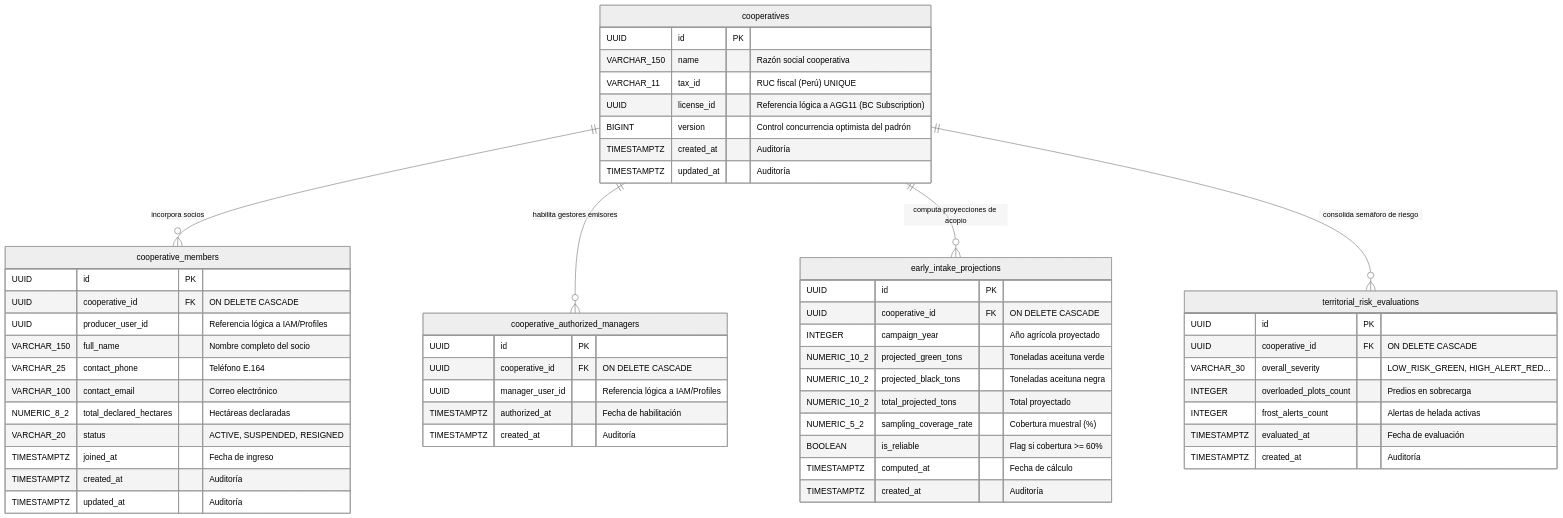
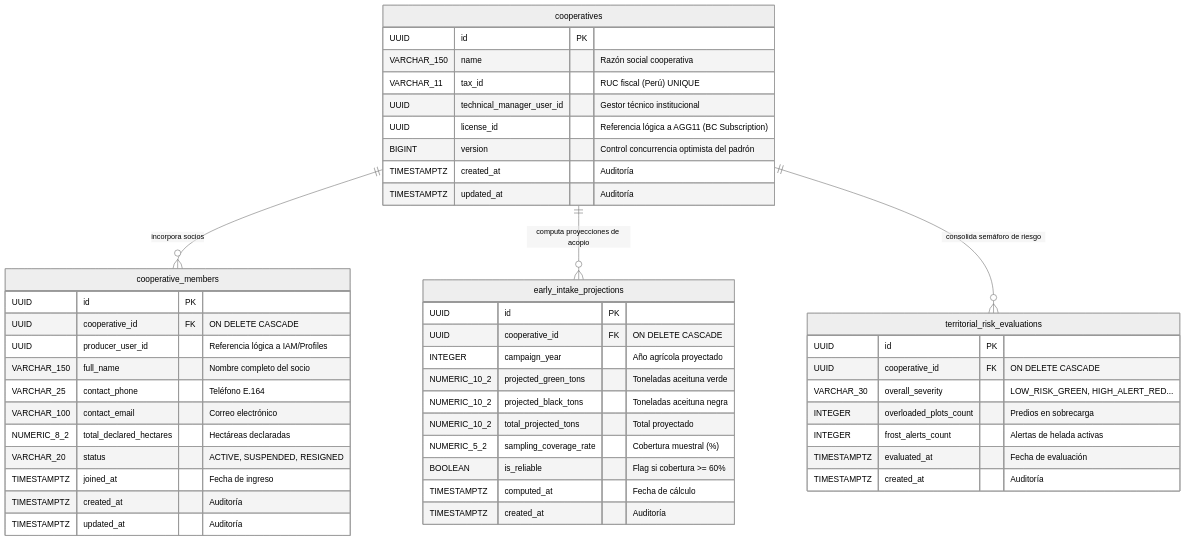
One commit to upc-pre-1acc0238-2620-4951-arcadiadevs/viora-report changed the third of 3 diagrams in docs/tactical-ddd/cooperative-operations-tactical-ddd.md. Above: the diagram before and after it, drawn with Mermaid (neutral theme). The commit also changed other lines of this file and 5 other files, not shown here.

````diff
--- a/docs/tactical-ddd/cooperative-operations-tactical-ddd.md
+++ b/docs/tactical-ddd/cooperative-operations-tactical-ddd.md
@@ -586,62 +566,54 @@
 ```mermaid
 erDiagram
     cooperatives {
         UUID id PK
         VARCHAR_150 name "Razón social cooperativa"
         VARCHAR_11 tax_id "RUC fiscal (Perú) UNIQUE"
+        UUID technical_manager_user_id "Gestor técnico institucional"
         UUID license_id "Referencia lógica a AGG11 (BC Subscription)"
         BIGINT version "Control concurrencia optimista del padrón"
         TIMESTAMPTZ created_at "Auditoría"
         TIMESTAMPTZ updated_at "Auditoría"
     }
 
     cooperative_members {
         UUID id PK
         UUID cooperative_id FK "ON DELETE CASCADE"
         UUID producer_user_id "Referencia lógica a IAM/Profiles"
         VARCHAR_150 full_name "Nombre completo del socio"
         VARCHAR_25 contact_phone "Teléfono E.164"
         VARCHAR_100 contact_email "Correo electrónico"
         NUMERIC_8_2 total_declared_hectares "Hectáreas declaradas"
         VARCHAR_20 status "ACTIVE, SUSPENDED, RESIGNED"
         TIMESTAMPTZ joined_at "Fecha de ingreso"
         TIMESTAMPTZ created_at "Auditoría"
         TIMESTAMPTZ updated_at "Auditoría"
-    }
-
-    cooperative_authorized_managers {
-        UUID id PK
-        UUID cooperative_id FK "ON DELETE CASCADE"
-        UUID manager_user_id "Referencia lógica a IAM/Profiles"
-        TIMESTAMPTZ authorized_at "Fecha de habilitación"
-        TIMESTAMPTZ created_at "Auditoría"
     }
 
     early_intake_projections {
         UUID id PK
         UUID cooperative_id FK "ON DELETE CASCADE"
         INTEGER campaign_year "Año agrícola proyectado"
         NUMERIC_10_2 projected_green_tons "Toneladas aceituna verde"
         NUMERIC_10_2 projected_black_tons "Toneladas aceituna negra"
         NUMERIC_10_2 total_projected_tons "Total proyectado"
         NUMERIC_5_2 sampling_coverage_rate "Cobertura muestral (%)"
         BOOLEAN is_reliable "Flag si cobertura >= 60%"
         TIMESTAMPTZ computed_at "Fecha de cálculo"
         TIMESTAMPTZ created_at "Auditoría"
     }
 
     territorial_risk_evaluations {
         UUID id PK
         UUID cooperative_id FK "ON DELETE CASCADE"
         VARCHAR_30 overall_severity "LOW_RISK_GREEN, HIGH_ALERT_RED..."
         INTEGER overloaded_plots_count "Predios en sobrecarga"
         INTEGER frost_alerts_count "Alertas de helada activas"
         TIMESTAMPTZ evaluated_at "Fecha de evaluación"
         TIMESTAMPTZ created_at "Auditoría"
     }
 
     cooperatives ||--o{ cooperative_members : "incorpora socios"
-    cooperatives ||--o{ cooperative_authorized_managers : "habilita gestores emisores"
     cooperatives ||--o{ early_intake_projections : "computa proyecciones de acopio"
     cooperatives ||--o{ territorial_risk_evaluations : "consolida semáforo de riesgo"
 ```
````
